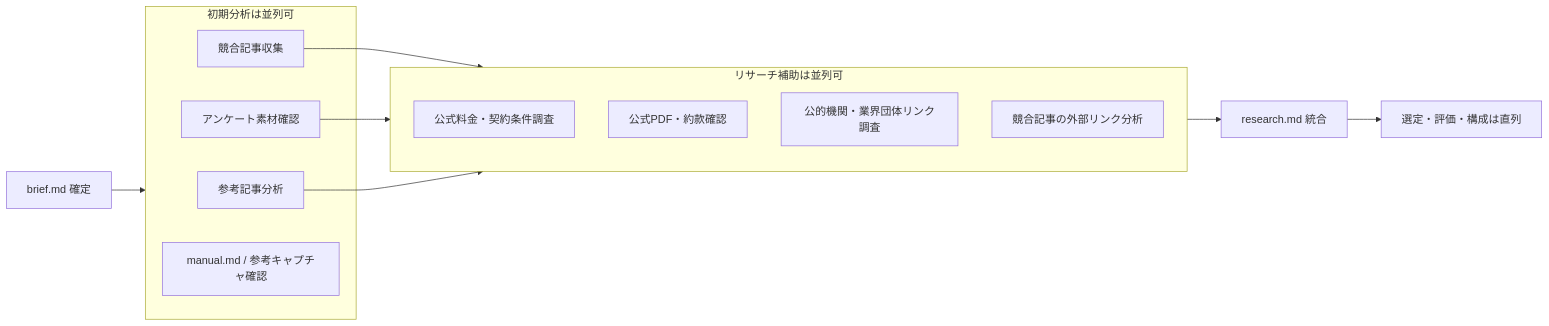
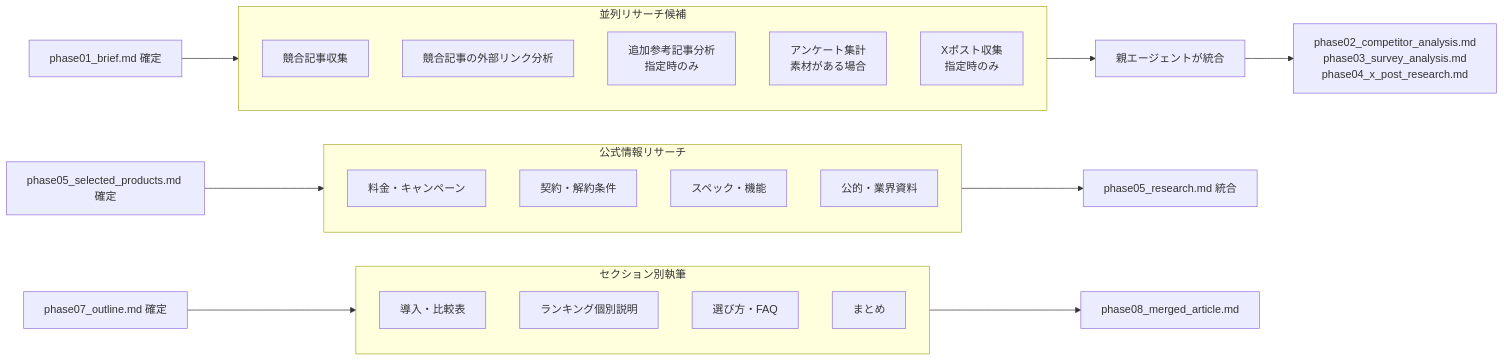
The second of 3 diagrams in docs/article_workflow.md (dentaku777/codex-agent-article-v1), drawn with Mermaid before and after one commit. The commit also changed other lines of this file and 33 other files, not shown here.

````diff
--- a/docs/article_workflow.md
+++ b/docs/article_workflow.md
@@ -54,25 +73,31 @@
 ```mermaid
 flowchart LR
-  B[brief.md 確定] --> P1
+  B[phase01_brief.md 確定] --> P1
+  subgraph P1[並列リサーチ候補]
+    R1[競合記事収集]
+    R2[競合記事の外部リンク分析]
+    R3[追加参考記事分析<br/>指定時のみ]
+    R4[アンケート集計<br/>素材がある場合]
+    R5[Xポスト収集<br/>指定時のみ]
+  end
+  P1 --> G1[親エージェントが統合]
+  G1 --> C[phase02_competitor_analysis.md<br/>phase03_survey_analysis.md<br/>phase04_x_post_research.md]
 
-  subgraph P1[初期分析は並列可]
-    R1[参考記事分析]
-    R2[競合記事収集]
-    R3[アンケート素材確認]
-    R4[manual.md / 参考キャプチャ確認]
+  S[phase05_selected_products.md 確定] --> P2
+  subgraph P2[公式情報リサーチ]
+    O1[料金・キャンペーン]
+    O2[契約・解約条件]
+    O3[スペック・機能]
+    O4[公的・業界資料]
   end
+  P2 --> G2[phase05_research.md 統合]
 
-  R2 --> P2
-  R3 --> P2
-  R1 --> P2
-
-  subgraph P2[リサーチ補助は並列可]
-    S1[公式料金・契約条件調査]
-    S2[公式PDF・約款確認]
-    S3[公的機関・業界団体リンク調査]
-    S4[競合記事の外部リンク分析]
+  I[phase07_outline.md 確定] --> P3
+  subgraph P3[セクション別執筆]
+    D1[導入・比較表]
+    D2[ランキング個別説明]
+    D3[選び方・FAQ]
+    D4[まとめ]
   end
-
-  P2 --> G[research.md 統合]
-  G --> X[選定・評価・構成は直列]
+  P3 --> M[phase08_merged_article.md]
 ```
````
